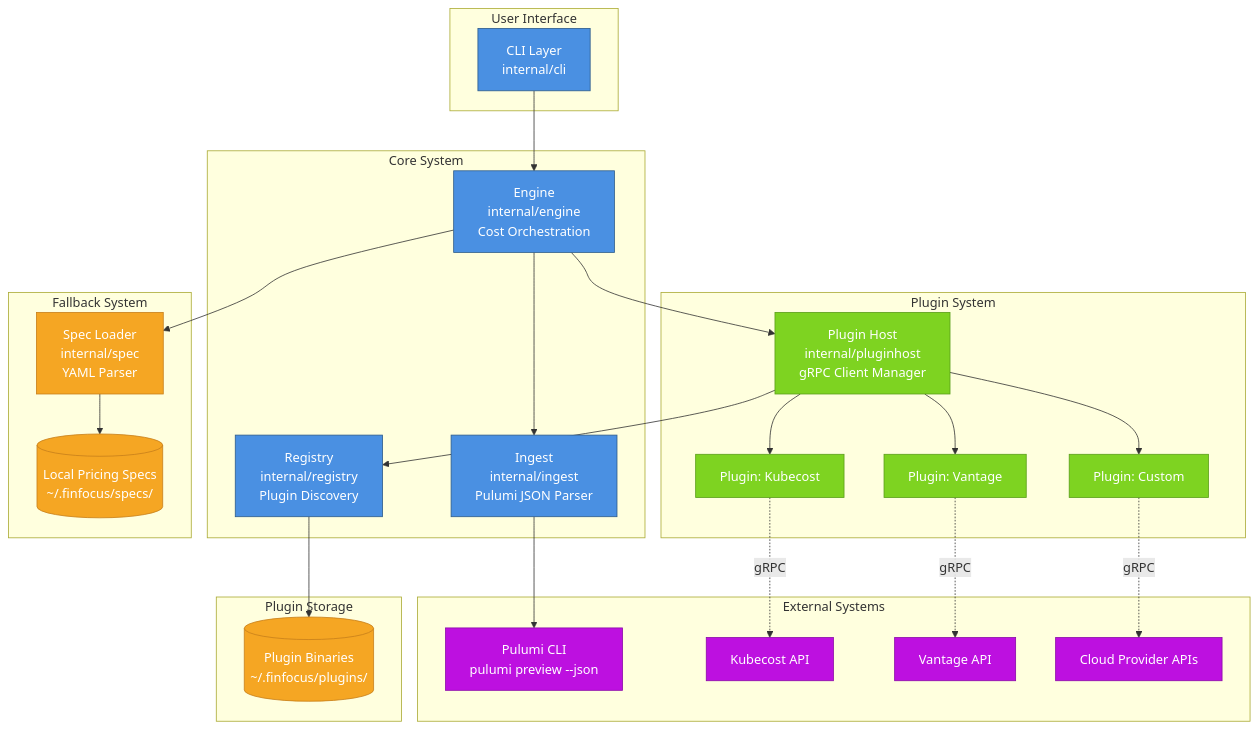
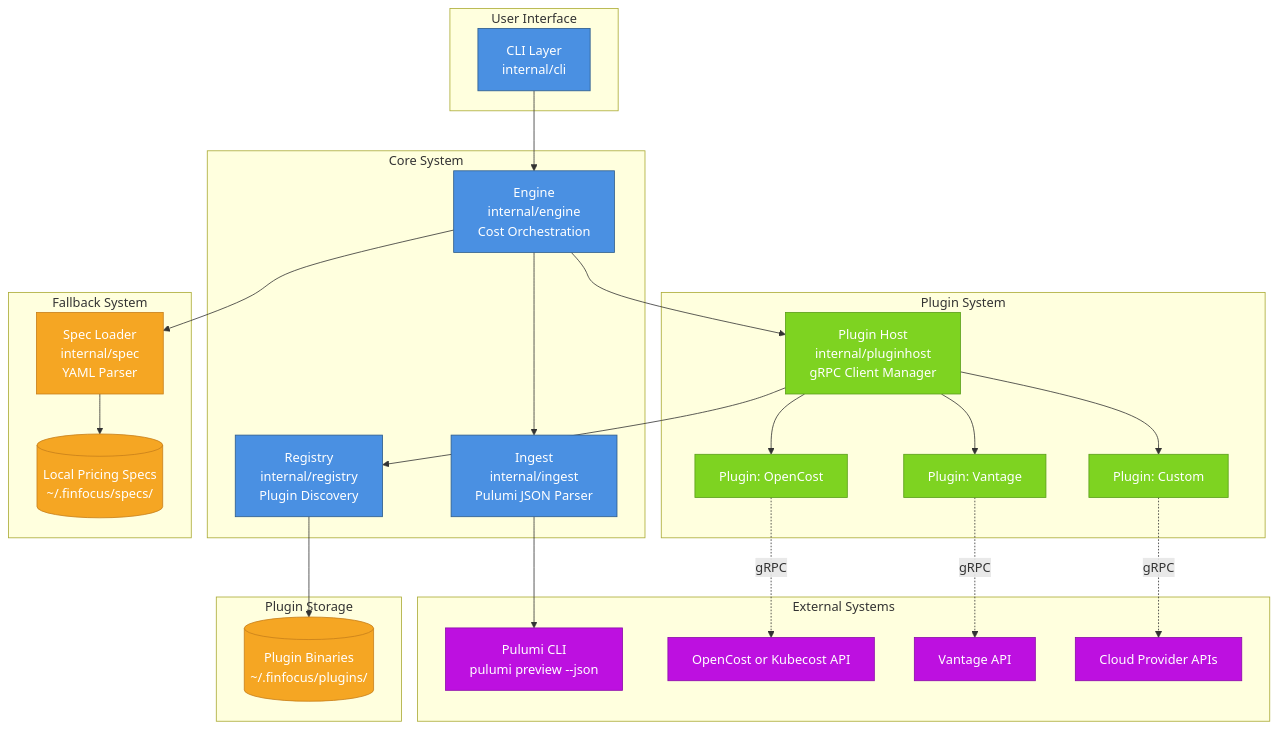
One commit to rshade/finfocus changed the diagram in docs/src/content/docs/architecture/diagrams/system-architecture.md. Above: the diagram before and after it, drawn with Mermaid. The commit also changed other lines of this file and 11 other files, not shown here.

First line of the commit message:
docs: replace the nonexistent kubecost plugin with opencost (#2132)

````diff
--- a/docs/src/content/docs/architecture/diagrams/system-architecture.md
+++ b/docs/src/content/docs/architecture/diagrams/system-architecture.md
@@ -9,64 +9,64 @@
 ```mermaid
 graph TB
     subgraph "User Interface"
         CLI[CLI Layer<br/>internal/cli]
     end
 
     subgraph "Core System"
         Engine[Engine<br/>internal/engine<br/>Cost Orchestration]
         Ingest[Ingest<br/>internal/ingest<br/>Pulumi JSON Parser]
         Registry[Registry<br/>internal/registry<br/>Plugin Discovery]
     end
 
     subgraph "Plugin System"
         PluginHost[Plugin Host<br/>internal/pluginhost<br/>gRPC Client Manager]
-        Plugin1[Plugin: Kubecost]
+        Plugin1[Plugin: OpenCost]
         Plugin2[Plugin: Vantage]
         Plugin3[Plugin: Custom]
     end
 
     subgraph "Fallback System"
         SpecLoader[Spec Loader<br/>internal/spec<br/>YAML Parser]
         SpecFiles[(Local Pricing Specs<br/>~/.finfocus/specs/)]
     end
 
     subgraph "External Systems"
         PulumiCLI[Pulumi CLI<br/>pulumi preview --json]
-        KubecostAPI[Kubecost API]
+        KubecostAPI[OpenCost or Kubecost API]
         VantageAPI[Vantage API]
         CloudAPIs[Cloud Provider APIs]
     end
 
     subgraph "Plugin Storage"
         PluginDir[(Plugin Binaries<br/>~/.finfocus/plugins/)]
     end
 
     CLI --> Engine
     Engine --> Ingest
     Engine --> PluginHost
     Engine --> SpecLoader
 
     Ingest --> PulumiCLI
 
     PluginHost --> Registry
     Registry --> PluginDir
     PluginHost --> Plugin1
     PluginHost --> Plugin2
     PluginHost --> Plugin3
 
     Plugin1 -.gRPC.-> KubecostAPI
     Plugin2 -.gRPC.-> VantageAPI
     Plugin3 -.gRPC.-> CloudAPIs
 
     SpecLoader --> SpecFiles
 
     classDef coreComponent fill:#4A90E2,stroke:#2E5C8A,color:#fff
     classDef pluginComponent fill:#7ED321,stroke:#5A9E19,color:#fff
     classDef storage fill:#F5A623,stroke:#C77F1B,color:#fff
     classDef external fill:#BD10E0,stroke:#8B0AA8,color:#fff
 
     class CLI,Engine,Ingest,Registry coreComponent
     class PluginHost,Plugin1,Plugin2,Plugin3 pluginComponent
     class SpecLoader,SpecFiles,PluginDir storage
     class PulumiCLI,KubecostAPI,VantageAPI,CloudAPIs external
 ```
````
